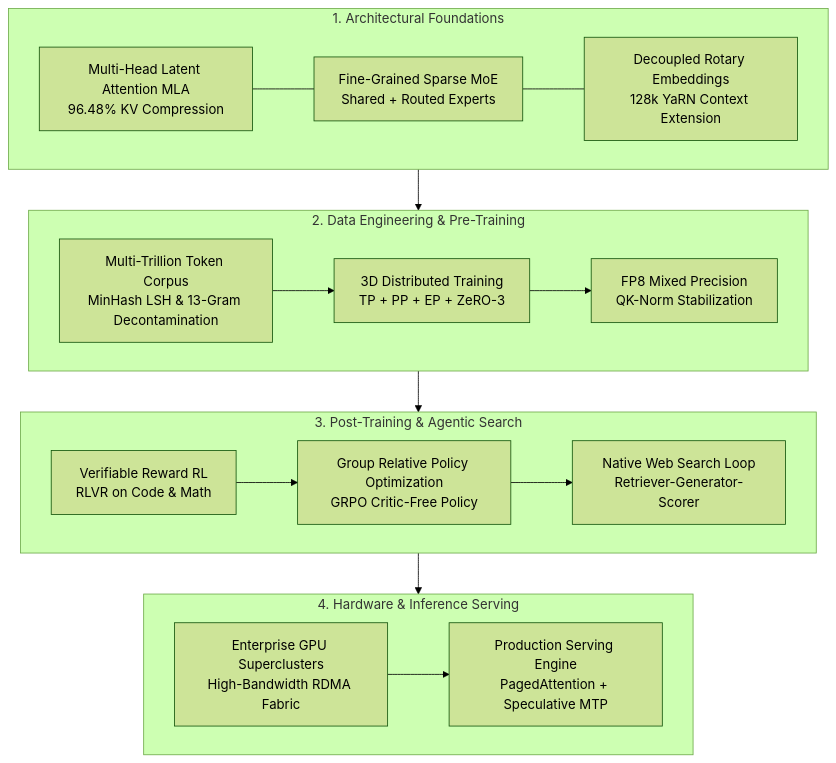
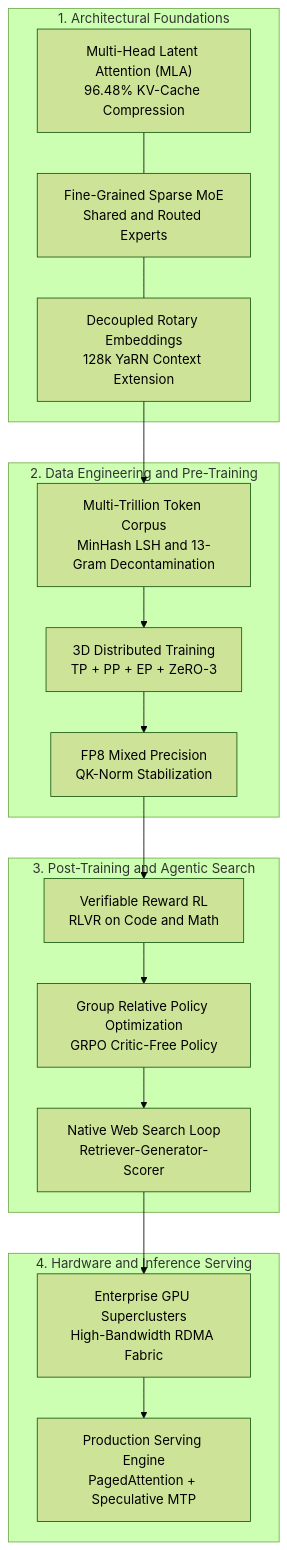
Before and after one commit to Ashutosh0x/frontier-llm-from-scratch: the diagram in README.md, drawn with Mermaid (forest theme). The commit also changed other lines of this file and 1 other file, not shown here.

Commit message:
style: remove emojis and badge icons, fix mermaid architecture diagram syntax for GitHub rendering

````diff
--- a/README.md
+++ b/README.md
@@ -32,25 +67,36 @@
 ```mermaid
 flowchart TD
     subgraph CoreFoundations ["1. Architectural Foundations"]
-        A[Multi-Head Latent Attention MLA<br/>96.48% KV Compression] --- B[Fine-Grained Sparse MoE<br/>Shared + Routed Experts]
-        B --- C[Decoupled Rotary Embeddings<br/>128k YaRN Context Extension]
+        A["Multi-Head Latent Attention (MLA)<br>96.48% KV-Cache Compression"]
+        B["Fine-Grained Sparse MoE<br>Shared and Routed Experts"]
+        C["Decoupled Rotary Embeddings<br>128k YaRN Context Extension"]
+        A --- B
+        B --- C
     end
 
-    subgraph DataAndPretraining ["2. Data Engineering & Pre-Training"]
-        D[Multi-Trillion Token Corpus<br/>MinHash LSH & 13-Gram Decontamination] --> E[3D Distributed Training<br/>TP + PP + EP + ZeRO-3]
-        E --> F[FP8 Mixed Precision<br/>QK-Norm Stabilization]
+    subgraph DataAndPretraining ["2. Data Engineering and Pre-Training"]
+        D["Multi-Trillion Token Corpus<br>MinHash LSH and 13-Gram Decontamination"]
+        E["3D Distributed Training<br>TP + PP + EP + ZeRO-3"]
+        F["FP8 Mixed Precision<br>QK-Norm Stabilization"]
+        D --> E
+        E --> F
     end
 
-    subgraph ReasoningAndSearch ["3. Post-Training & Agentic Search"]
-        G[Verifiable Reward RL<br/>RLVR on Code & Math] --> H[Group Relative Policy Optimization<br/>GRPO Critic-Free Policy]
-        H --> I[Native Web Search Loop<br/>Retriever-Generator-Scorer]
+    subgraph ReasoningAndSearch ["3. Post-Training and Agentic Search"]
+        G["Verifiable Reward RL<br>RLVR on Code and Math"]
+        H["Group Relative Policy Optimization<br>GRPO Critic-Free Policy"]
+        I["Native Web Search Loop<br>Retriever-Generator-Scorer"]
+        G --> H
+        H --> I
     end
 
-    subgraph ServingInfrastructure ["4. Hardware & Inference Serving"]
-        J[Enterprise GPU Superclusters<br/>High-Bandwidth RDMA Fabric] --> K[Production Serving Engine<br/>PagedAttention + Speculative MTP]
+    subgraph ServingInfrastructure ["4. Hardware and Inference Serving"]
+        J["Enterprise GPU Superclusters<br>High-Bandwidth RDMA Fabric"]
+        K["Production Serving Engine<br>PagedAttention + Speculative MTP"]
+        J --> K
     end
 
-    CoreFoundations --> DataAndPretraining
-    DataAndPretraining --> ReasoningAndSearch
-    ReasoningAndSearch --> ServingInfrastructure
+    C --> D
+    F --> G
+    I --> J
 ```
````
